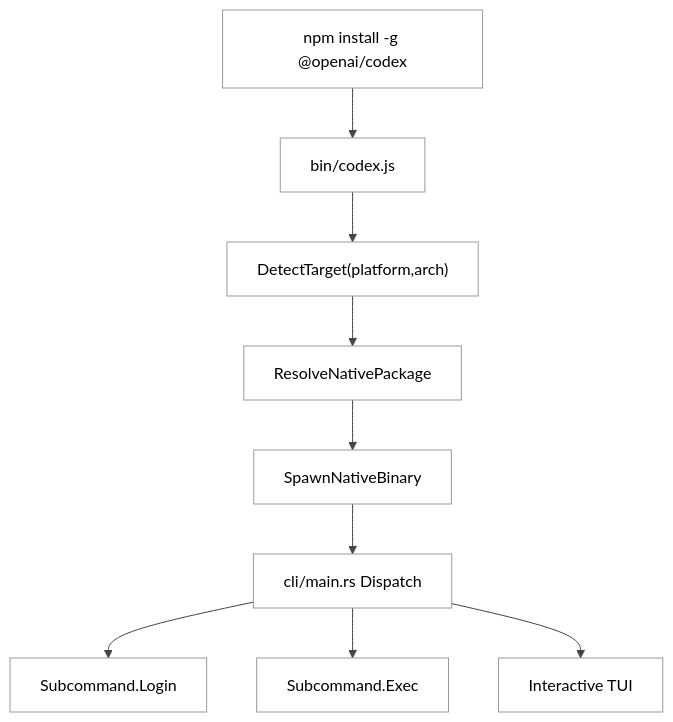
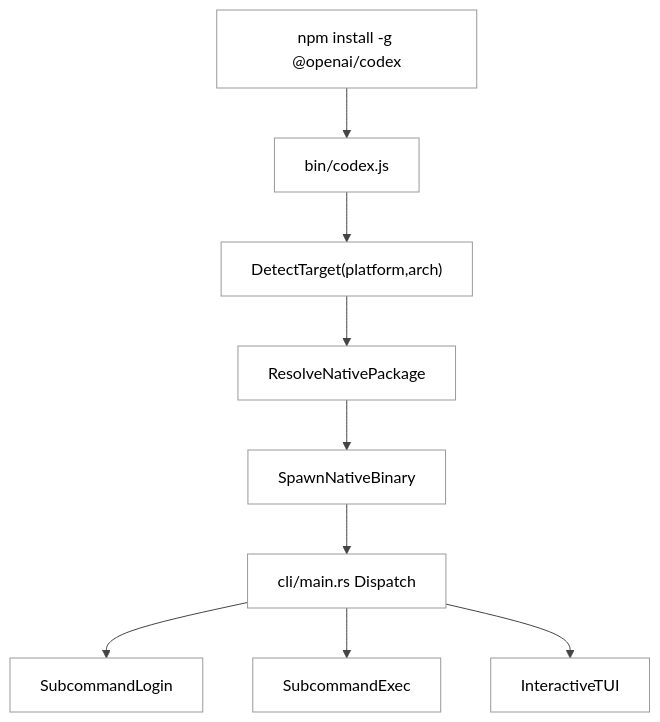
One commit to GLBB/codex-source-analysis changed the second of 5 diagrams in Part I Principles and Usage/04-初级使用方法.md. Above: the diagram before and after it, drawn with Mermaid. The commit also changed other lines of this file and 12 other files, not shown here.

````diff
--- a/Part I Principles and Usage/04-初级使用方法.md
+++ b/Part I Principles and Usage/04-初级使用方法.md
@@ -173,12 +212,12 @@
 ```mermaid
-%%{init: {"theme":"neutral","themeCSS":"svg { background: #ffffff !important; } text { fill: #000000 !important; }","themeVariables":{"background":"#ffffff","mainBkg":"#ffffff","primaryTextColor":"#000000","lineColor":"#444444","fontFamily":"Helvetica"}}}%%
+%%{init: {"theme":"neutral","themeVariables":{"background":"#ffffff","mainBkg":"#ffffff","primaryTextColor":"#000000","lineColor":"#444444","fontFamily":"Helvetica"}}}%%
 flowchart TD
     CmdInstall["npm install -g @openai/codex"] --> BinEntry["bin/codex.js"]
     BinEntry --> DetectTarget["DetectTarget(platform,arch)"]
     DetectTarget --> ResolvePackage["ResolveNativePackage"]
     ResolvePackage --> SpawnNative["SpawnNativeBinary"]
     SpawnNative --> CliDispatch["cli/main.rs Dispatch"]
-    CliDispatch --> SubLogin["Subcommand.Login"]
-    CliDispatch --> SubExec["Subcommand.Exec"]
-    CliDispatch --> SubTui["Interactive TUI"]
+    CliDispatch --> SubLogin["SubcommandLogin"]
+    CliDispatch --> SubExec["SubcommandExec"]
+    CliDispatch --> SubTui["InteractiveTUI"]
 ```
````
